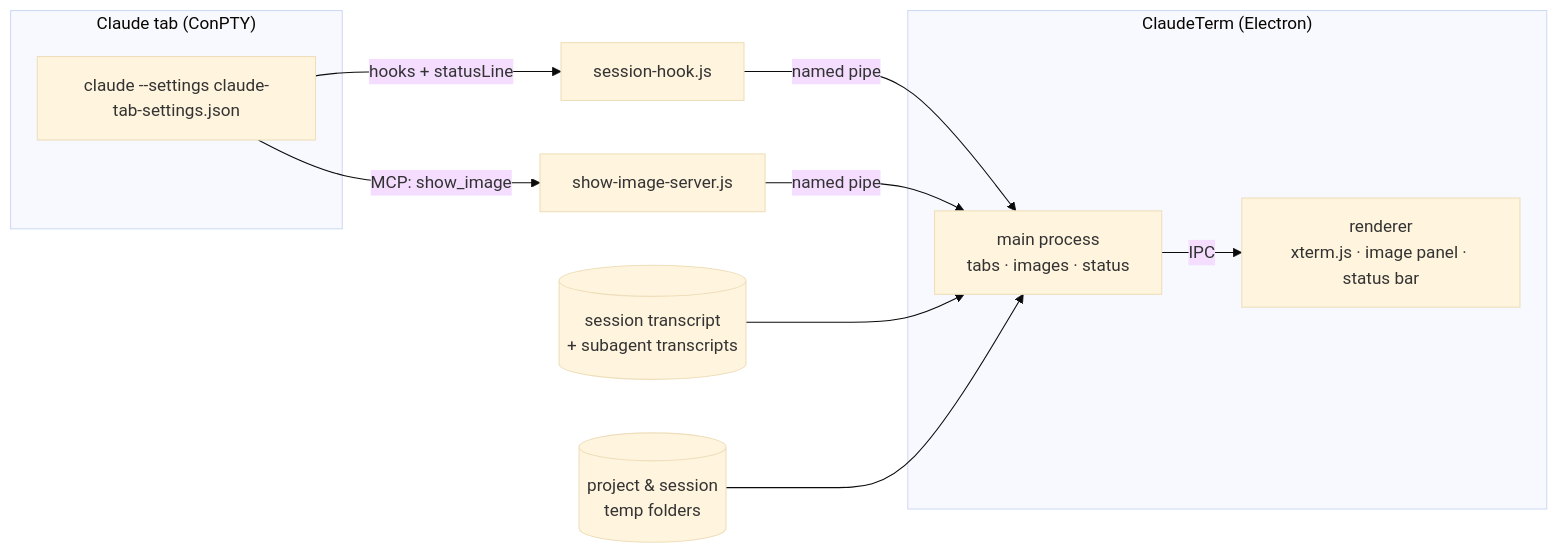
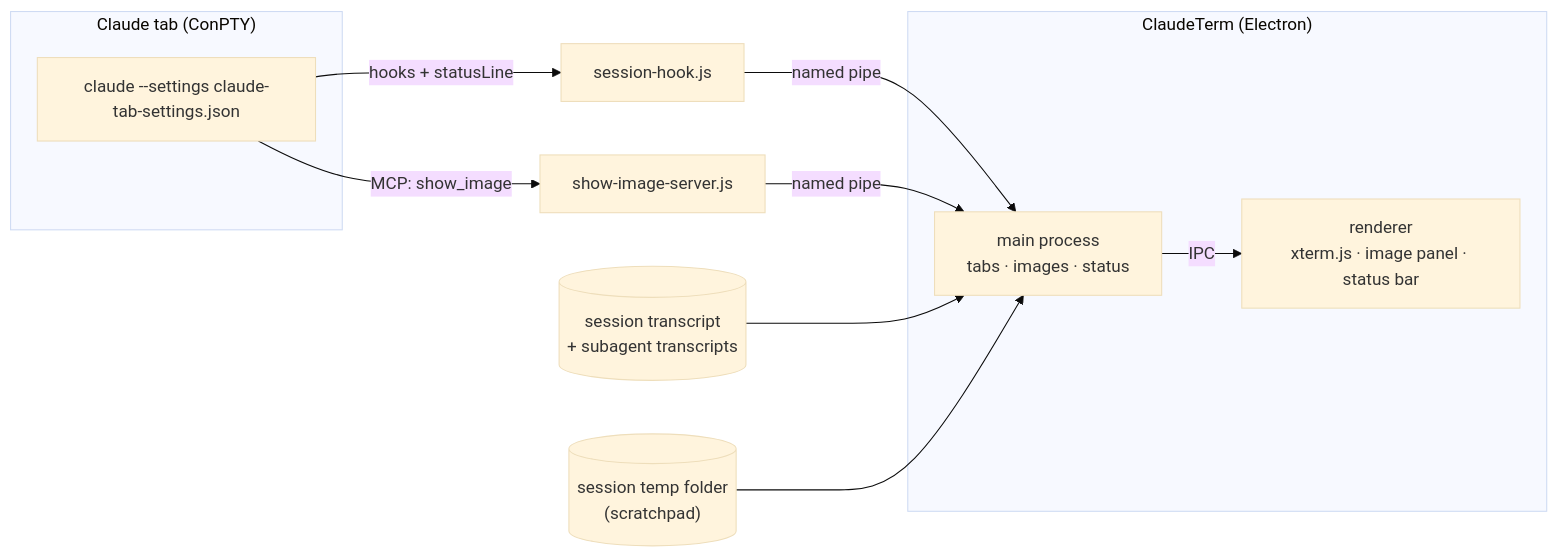
One commit to DmVergasov/ClaudeTerm changed the diagram in README.md. Above: the diagram before and after it, drawn with Mermaid (base theme). The commit also changed other lines of this file and 24 other files, not shown here.

````diff
--- a/README.md
+++ b/README.md
@@ -172,15 +172,15 @@
 ```mermaid
 flowchart LR
   subgraph tab["Claude tab (ConPTY)"]
     claude["claude --settings claude-tab-settings.json"]
   end
   claude -- "hooks + statusLine" --> hook["session-hook.js"]
   claude -- "MCP: show_image" --> mcp["show-image-server.js"]
   hook -- "named pipe" --> main
   mcp -- "named pipe" --> main
   transcript[("session transcript\n+ subagent transcripts")] --> main
-  folders[("project &amp; session\ntemp folders")] --> main
+  scratchpad[("session temp folder\n(scratchpad)")] --> main
   subgraph app["ClaudeTerm (Electron)"]
     main["main process\ntabs · images · status"] -- IPC --> renderer["renderer\nxterm.js · image panel · status bar"]
   end
 ```
````
